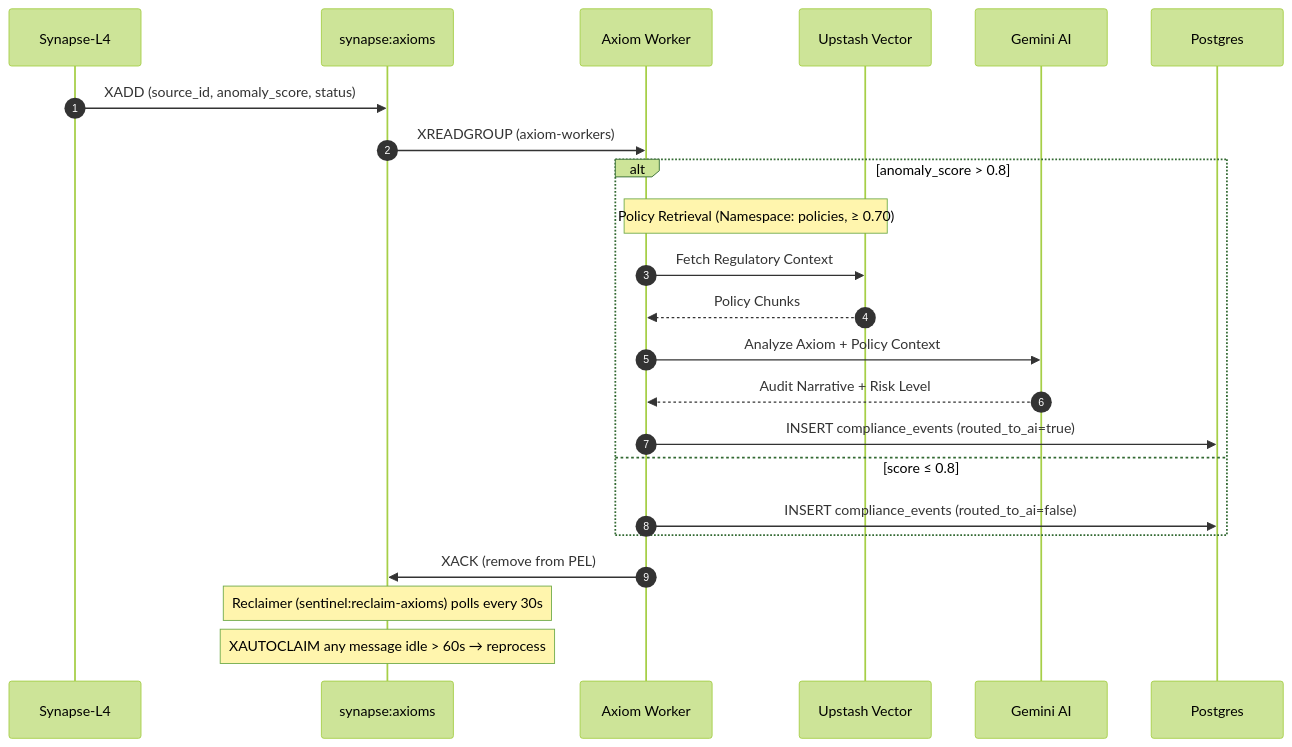
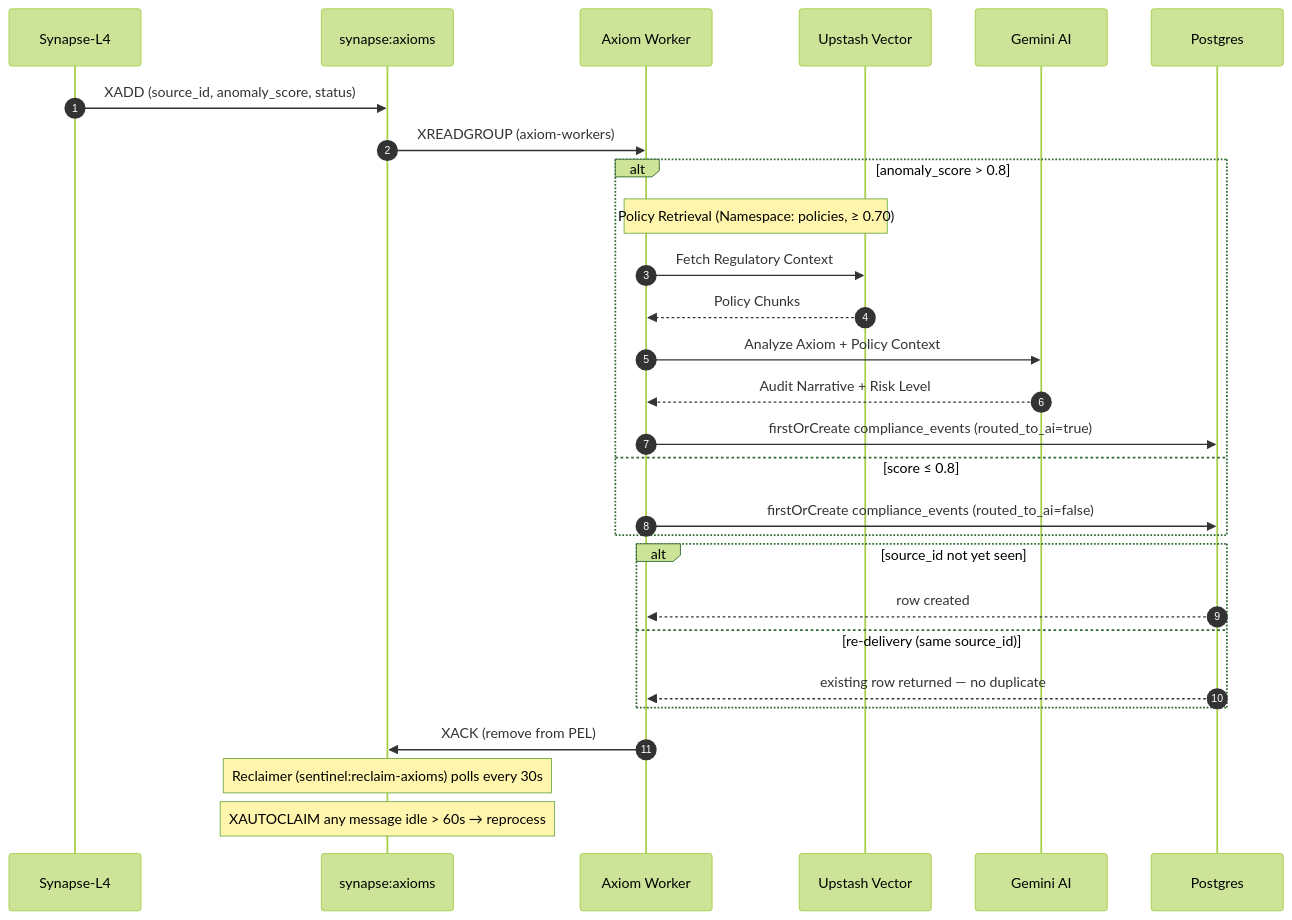
Before and after one commit to obrienma/sentinel-l7: the third of 6 diagrams in README.md, drawn with Mermaid (forest theme). The commit also changed other lines of this file and 9 other files, not shown here.

````diff
--- a/README.md
+++ b/README.md
@@ -189,29 +192,35 @@
 ```mermaid
 sequenceDiagram
     autonumber
     participant SL4 as Synapse-L4
     participant AS as synapse:axioms
     participant AW as Axiom Worker
     participant V as Upstash Vector
     participant G as Gemini AI
     participant DB as Postgres
 
     SL4->>AS: XADD (source_id, anomaly_score, status)
     AS->>AW: XREADGROUP (axiom-workers)
 
     alt anomaly_score > 0.8
         note over AW,V: Policy Retrieval (Namespace: policies, ≥ 0.70)
         AW->>V: Fetch Regulatory Context
         V-->>AW: Policy Chunks
         AW->>G: Analyze Axiom + Policy Context
         G-->>AW: Audit Narrative + Risk Level
-        AW->>DB: INSERT compliance_events (routed_to_ai=true)
+        AW->>DB: firstOrCreate compliance_events (routed_to_ai=true)
     else score ≤ 0.8
-        AW->>DB: INSERT compliance_events (routed_to_ai=false)
+        AW->>DB: firstOrCreate compliance_events (routed_to_ai=false)
+    end
+
+    alt source_id not yet seen
+        DB-->>AW: row created
+    else re-delivery (same source_id)
+        DB-->>AW: existing row returned — no duplicate
     end
 
     AW->>AS: XACK (remove from PEL)
 
     note over AS: Reclaimer (sentinel:reclaim-axioms) polls every 30s
     note over AS: XAUTOCLAIM any message idle > 60s → reprocess
 ```
````
